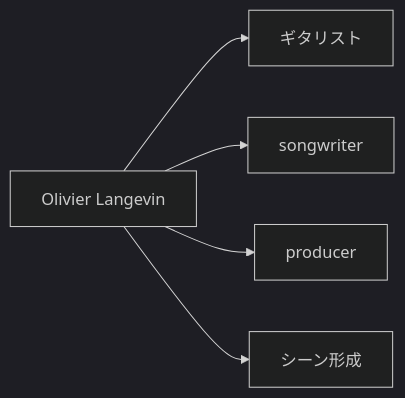
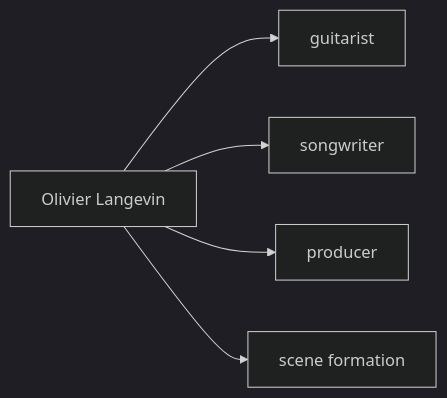
The sixth of 8 diagrams in en/_posts/2026-05-07-column-galaxie.md (monumental-movement/monumental-movement.github.io), drawn with Mermaid (dark theme) before and after one commit. The commit also changed other lines of this file and 851 other files, not shown here.

```diff
--- a/en/_posts/2026-05-07-column-galaxie.md
+++ b/en/_posts/2026-05-07-column-galaxie.md
@@ -373,7 +373,7 @@
 <div class="mermaid">
 graph LR
-A[Olivier Langevin] --> B[ギタリスト]
+A[Olivier Langevin] --> B[guitarist]
 A --> C[songwriter]
 A --> D[producer]
-A --> E[シーン形成]
+A --> E[scene formation]
 </div>
```
